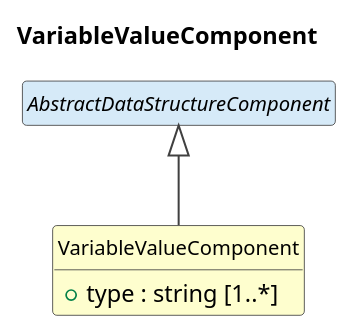
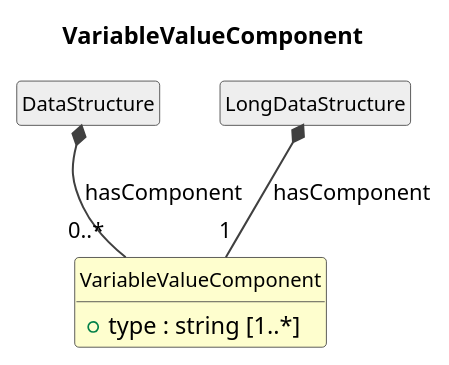
Before and after one commit to Cross-Domain-Interoperability-Framework/metadataBuildingBlocks: the diagram in cdif-uml-model/_plantuml/cdifDataStructure/Classes/VariableValueComponent.pu, drawn with PlantUML. The commit also changed 253 other files, not shown here.

First line of the commit message:
cdifDataStructure: schema refinement + regenerated diagrams

```diff
--- a/cdif-uml-model/_plantuml/cdifDataStructure/Classes/VariableValueComponent.pu
+++ b/cdif-uml-model/_plantuml/cdifDataStructure/Classes/VariableValueComponent.pu
@@ -1,19 +1,21 @@
 @startuml
 title VariableValueComponent
 hide circle
 hide empty members
 skinparam shadowing false
 skinparam ArrowThickness 1.2
 skinparam class {
   ArrowColor #404040
   BorderColor #404040
   FontSize 12
 }
 
 class "VariableValueComponent" as VariableValueComponent #FEFECE {
   +type : string [1..*]
 }
-abstract class "AbstractDataStructureComponent" as AbstractDataStructureComponent #D6EAF8
-AbstractDataStructureComponent <|-- VariableValueComponent
+class "DataStructure" as DataStructure #EEEEEE
+DataStructure *-- "0..*" VariableValueComponent : hasComponent
+class "LongDataStructure" as LongDataStructure #EEEEEE
+LongDataStructure *-- "1" VariableValueComponent : hasComponent
 
 @enduml
```
